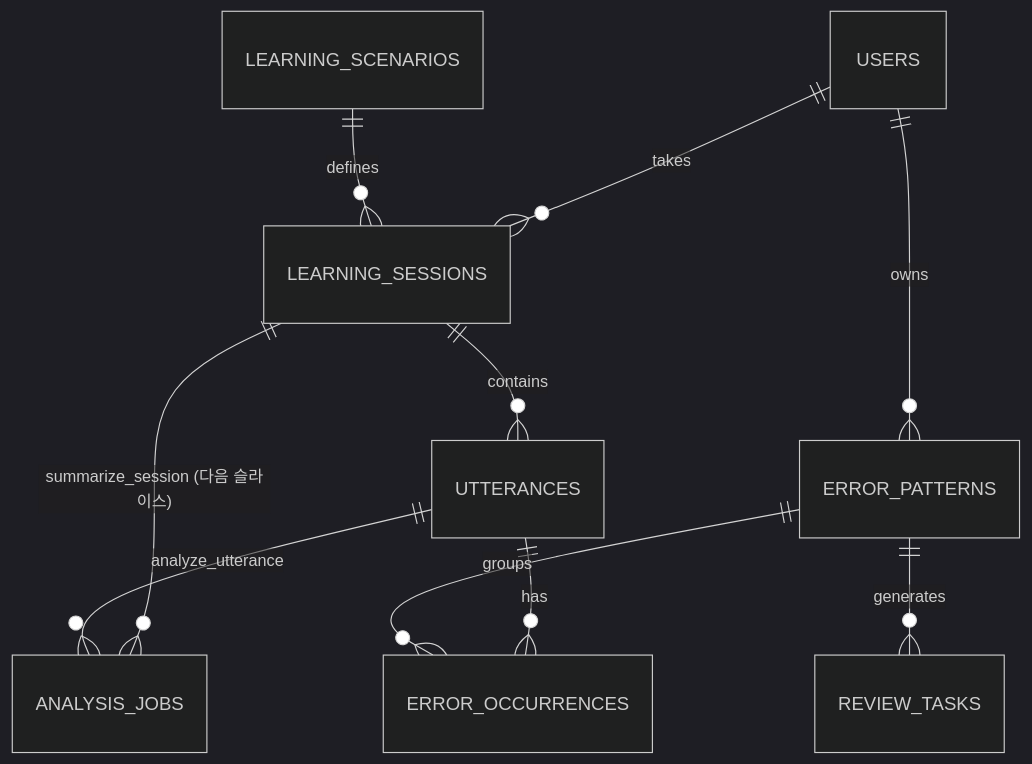
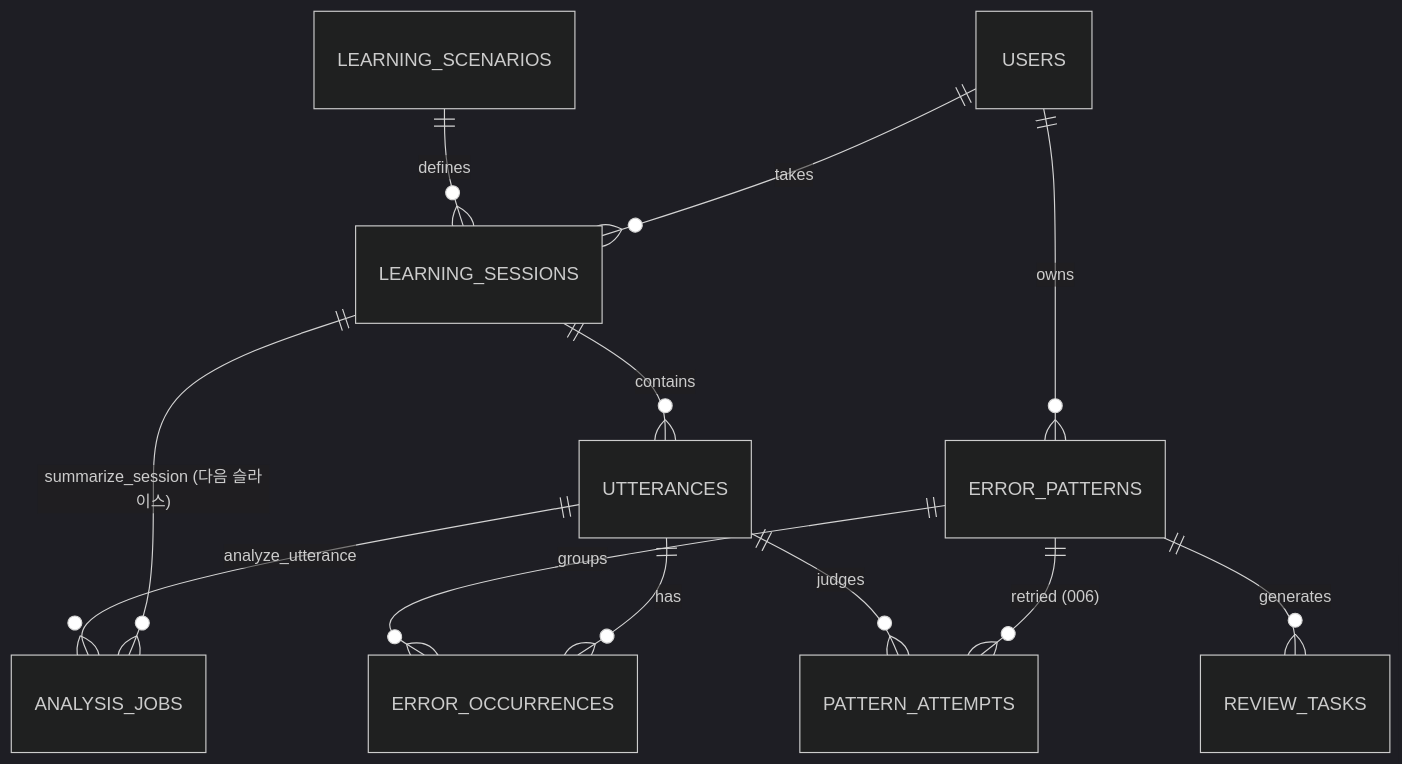
One commit to redstarh/OhMyEnglish changed the diagram in docs/database-schema.md. Above: the diagram before and after it, drawn with Mermaid (dark theme). The commit also changed other lines of this file and 2 other files, not shown here.

````diff
--- a/docs/database-schema.md
+++ b/docs/database-schema.md
@@ -10,12 +11,14 @@
 ```mermaid
 erDiagram
   USERS ||--o{ LEARNING_SESSIONS : takes
   USERS ||--o{ ERROR_PATTERNS : owns
   LEARNING_SCENARIOS ||--o{ LEARNING_SESSIONS : defines
   LEARNING_SESSIONS ||--o{ UTTERANCES : contains
   LEARNING_SESSIONS ||--o{ ANALYSIS_JOBS : "summarize_session (다음 슬라이스)"
   UTTERANCES ||--o{ ERROR_OCCURRENCES : has
   UTTERANCES ||--o{ ANALYSIS_JOBS : "analyze_utterance"
   ERROR_PATTERNS ||--o{ ERROR_OCCURRENCES : groups
   ERROR_PATTERNS ||--o{ REVIEW_TASKS : generates
+  ERROR_PATTERNS ||--o{ PATTERN_ATTEMPTS : "retried (006)"
+  UTTERANCES ||--o{ PATTERN_ATTEMPTS : judges
 ```
````
